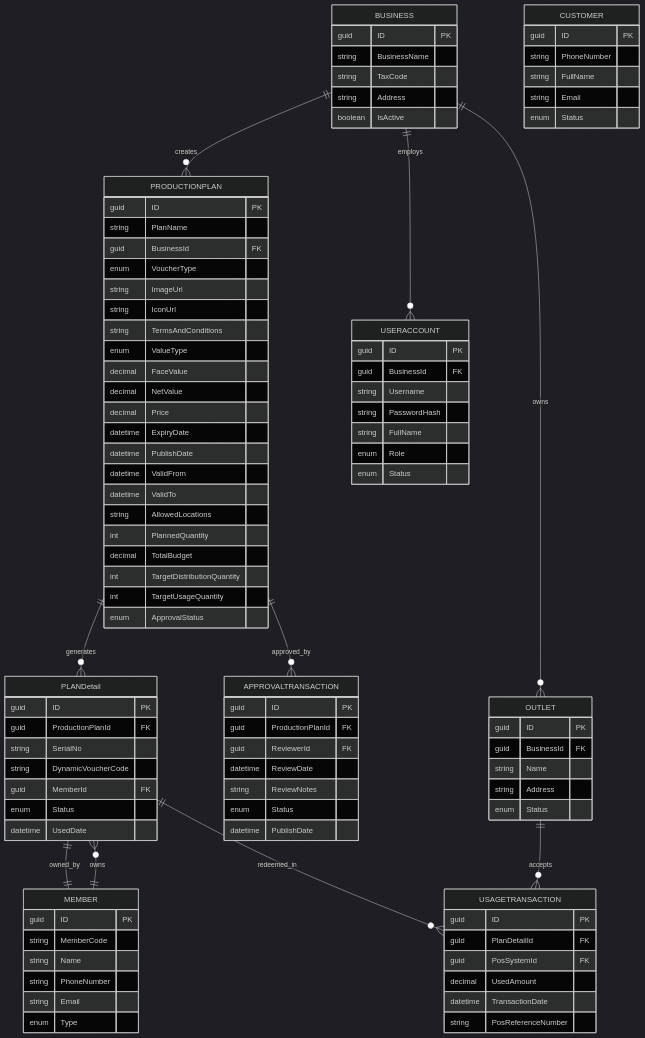
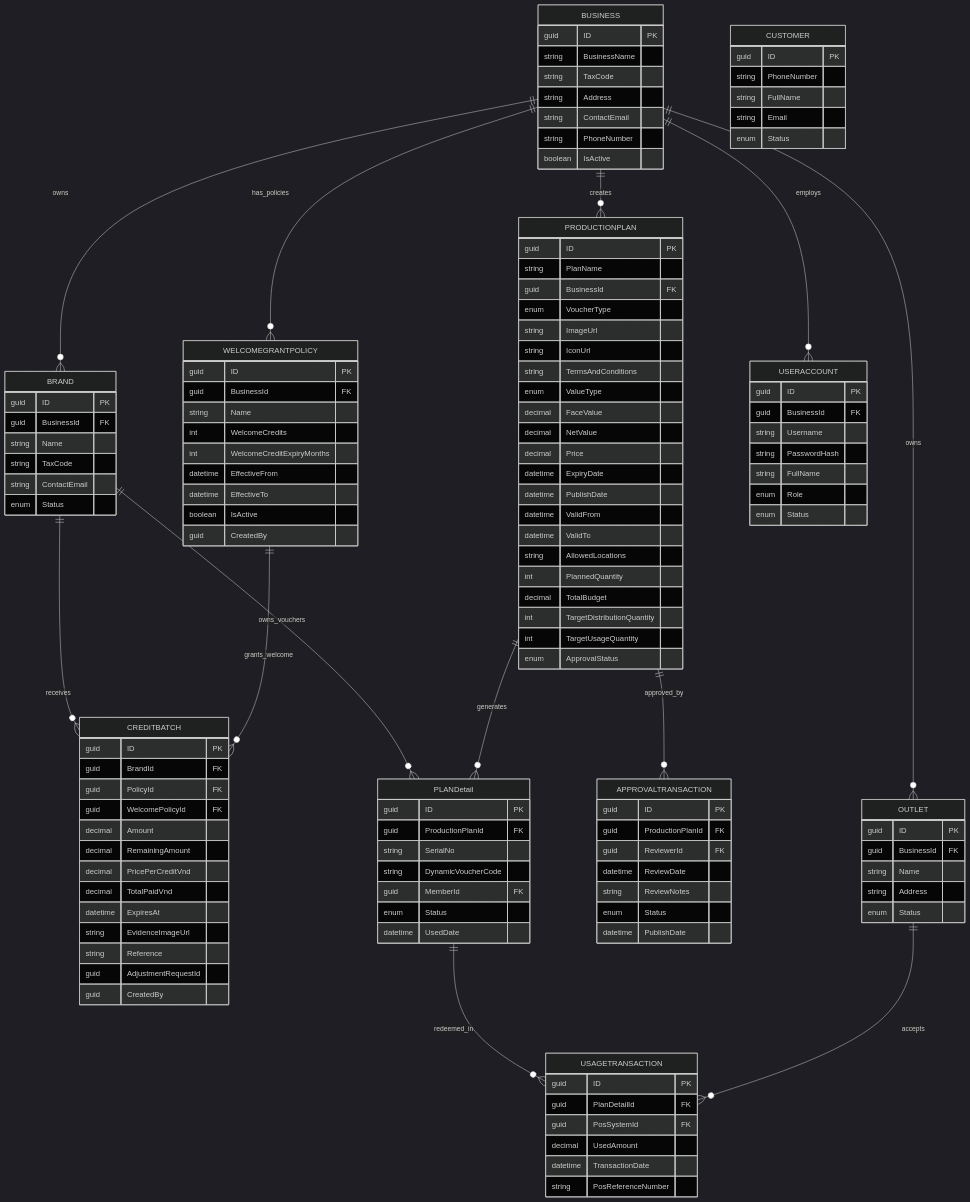
Before and after one commit to lamhongbac/NonCash: the second of 3 diagrams in .qoder/repowiki/en/content/Data Models and Database Design/Core Business Entities.md, drawn with Mermaid (dark theme). The commit also changed other lines of this file and 28 other files, not shown here.

````diff
--- a/.qoder/repowiki/en/content/Data Models and Database Design/Core Business Entities.md
+++ b/.qoder/repowiki/en/content/Data Models and Database Design/Core Business Entities.md
@@ -243,15 +517,43 @@
 string BusinessName
 string TaxCode
 string Address
+string ContactEmail
+string PhoneNumber
 boolean IsActive
 }
-MEMBER {
+BRAND {
 guid ID PK
-string MemberCode
+guid BusinessId FK
 string Name
-string PhoneNumber
-string Email
-enum Type
+string TaxCode
+string ContactEmail
+enum Status
+}
+WELCOMEGRANTPOLICY {
+guid ID PK
+guid BusinessId FK
+string Name
+int WelcomeCredits
+int WelcomeCreditExpiryMonths
+datetime EffectiveFrom
+datetime EffectiveTo
+boolean IsActive
+guid CreatedBy
+}
+CREDITBATCH {
+guid ID PK
+guid BrandId FK
+guid PolicyId FK
+guid WelcomePolicyId FK
+decimal Amount
+decimal RemainingAmount
+decimal PricePerCreditVnd
+decimal TotalPaidVnd
+datetime ExpiresAt
+string EvidenceImageUrl
+string Reference
+guid AdjustmentRequestId
+guid CreatedBy
 }
 PRODUCTIONPLAN {
 guid ID PK
@@ -325,13 +627,16 @@
 string Email
 enum Status
 }
-PRODUCTIONPLAN ||--o{ PLANDetail : "generates"
-PRODUCTIONPLAN ||--o{ APPROVALTRANSACTION : "approved_by"
-PLANDetail ||--|| MEMBER : "owned_by"
-PLANDetail ||--o{ USAGETRANSACTION : "redeemed_in"
+BUSINESS ||--o{ BRAND : "owns"
+BUSINESS ||--o{ WELCOMEGRANTPOLICY : "has_policies"
 BUSINESS ||--o{ PRODUCTIONPLAN : "creates"
 BUSINESS ||--o{ OUTLET : "owns"
 BUSINESS ||--o{ USERACCOUNT : "employs"
-MEMBER ||--o{ PLANDetail : "owns"
+BRAND ||--o{ CREDITBATCH : "receives"
+BRAND ||--o{ PLANDetail : "owns_vouchers"
+WELCOMEGRANTPOLICY ||--o{ CREDITBATCH : "grants_welcome"
+PRODUCTIONPLAN ||--o{ PLANDetail : "generates"
+PRODUCTIONPLAN ||--o{ APPROVALTRANSACTION : "approved_by"
+PLANDetail ||--o{ USAGETRANSACTION : "redeemed_in"
 OUTLET ||--o{ USAGETRANSACTION : "accepts"
 ```
````
